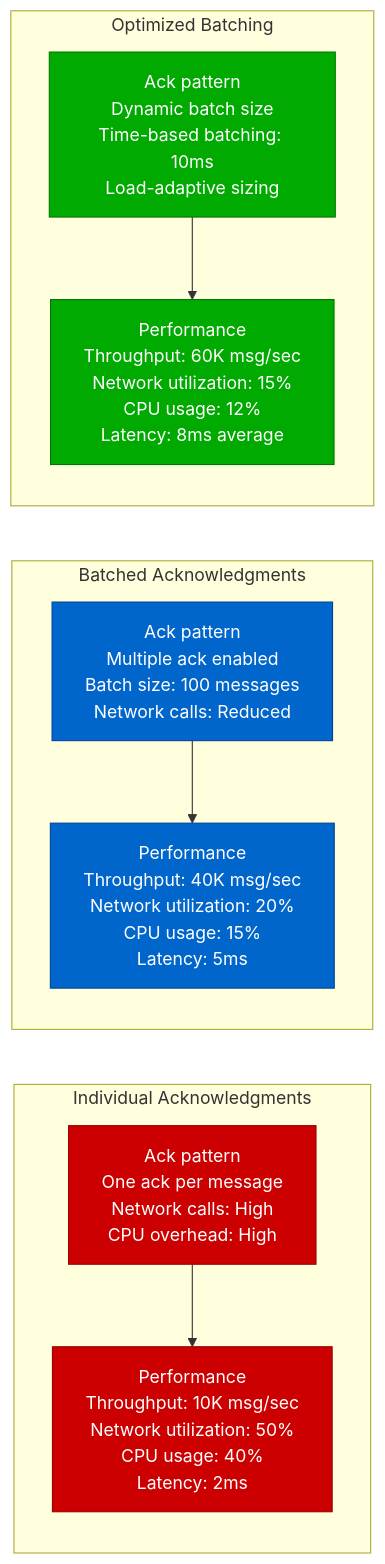
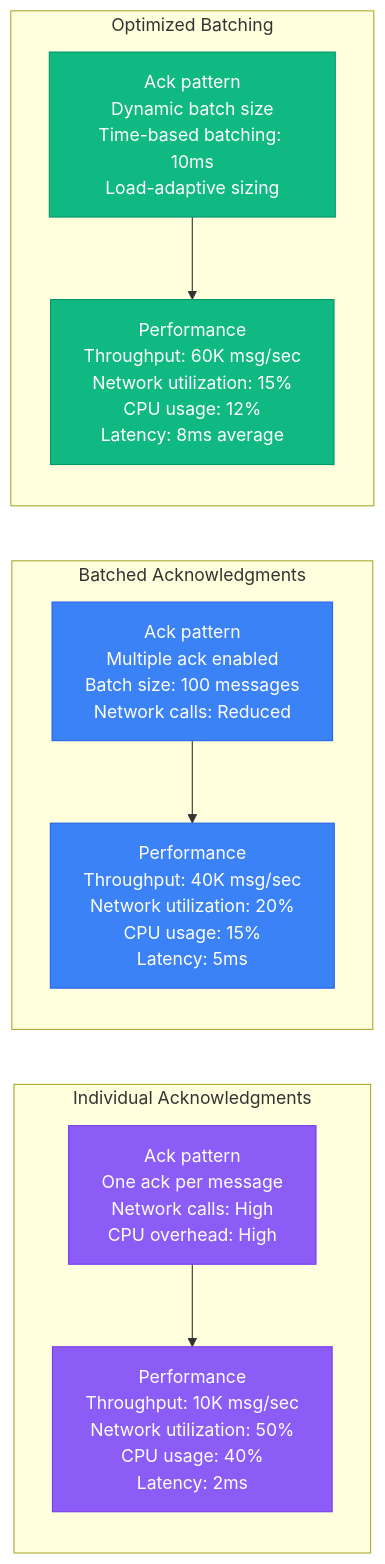
Before and after one commit to deepaucksharma/DS: the ninth of 13 diagrams in site/docs/performance/rabbitmq-performance-profile.md, drawn with Mermaid. The commit also changed other lines of this file and 303 other files, not shown here.

````diff
--- a/site/docs/performance/rabbitmq-performance-profile.md
+++ b/site/docs/performance/rabbitmq-performance-profile.md
@@ -347,34 +347,34 @@
 ```mermaid
 graph LR
     subgraph "Individual Acknowledgments"
         INDIVIDUAL1[Ack pattern<br/>One ack per message<br/>Network calls: High<br/>CPU overhead: High]
 
         INDIVIDUAL2[Performance<br/>Throughput: 10K msg/sec<br/>Network utilization: 50%<br/>CPU usage: 40%<br/>Latency: 2ms]
 
         INDIVIDUAL1 --> INDIVIDUAL2
     end
 
     subgraph "Batched Acknowledgments"
         BATCH1[Ack pattern<br/>Multiple ack enabled<br/>Batch size: 100 messages<br/>Network calls: Reduced]
 
         BATCH2[Performance<br/>Throughput: 40K msg/sec<br/>Network utilization: 20%<br/>CPU usage: 15%<br/>Latency: 5ms]
 
         BATCH1 --> BATCH2
     end
 
     subgraph "Optimized Batching"
         OPT_BATCH1[Ack pattern<br/>Dynamic batch size<br/>Time-based batching: 10ms<br/>Load-adaptive sizing]
 
         OPT_BATCH2[Performance<br/>Throughput: 60K msg/sec<br/>Network utilization: 15%<br/>CPU usage: 12%<br/>Latency: 8ms average]
 
         OPT_BATCH1 --> OPT_BATCH2
     end
 
-    classDef individualStyle fill:#CC0000,stroke:#990000,color:#fff
-    classDef batchStyle fill:#0066CC,stroke:#004499,color:#fff
-    classDef optimizedStyle fill:#00AA00,stroke:#007700,color:#fff
+    classDef individualStyle fill:#8B5CF6,stroke:#7C3AED,color:#fff
+    classDef batchStyle fill:#3B82F6,stroke:#2563EB,color:#fff
+    classDef optimizedStyle fill:#10B981,stroke:#059669,color:#fff
 
     class INDIVIDUAL1,INDIVIDUAL2 individualStyle
     class BATCH1,BATCH2 batchStyle
     class OPT_BATCH1,OPT_BATCH2 optimizedStyle
 ```
````
